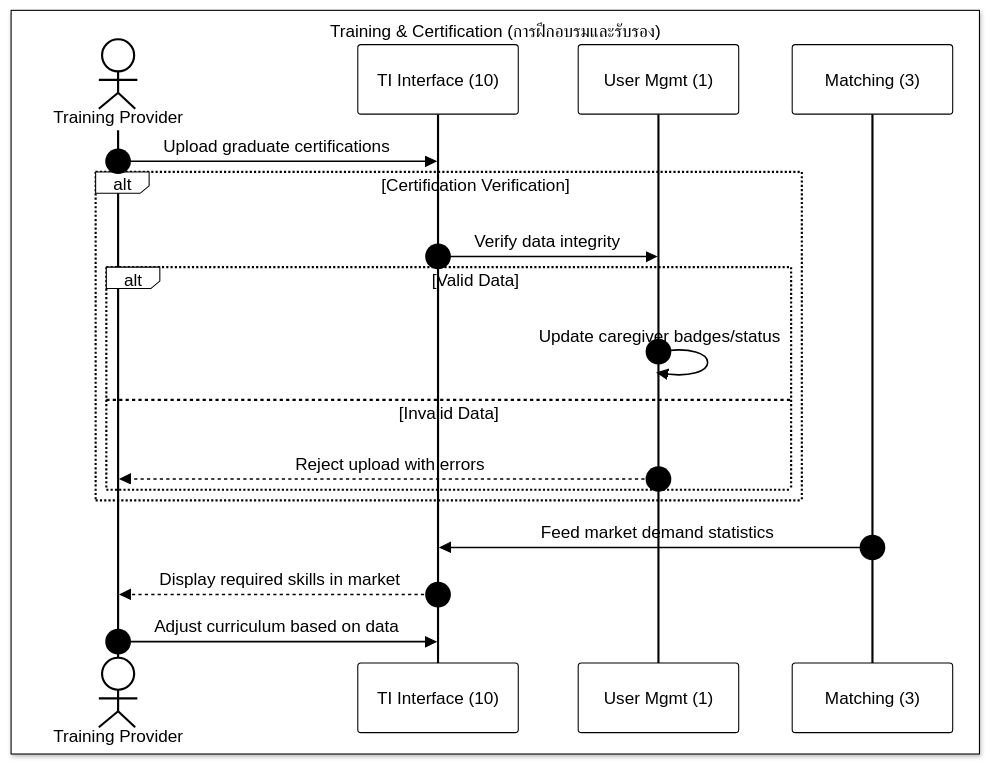
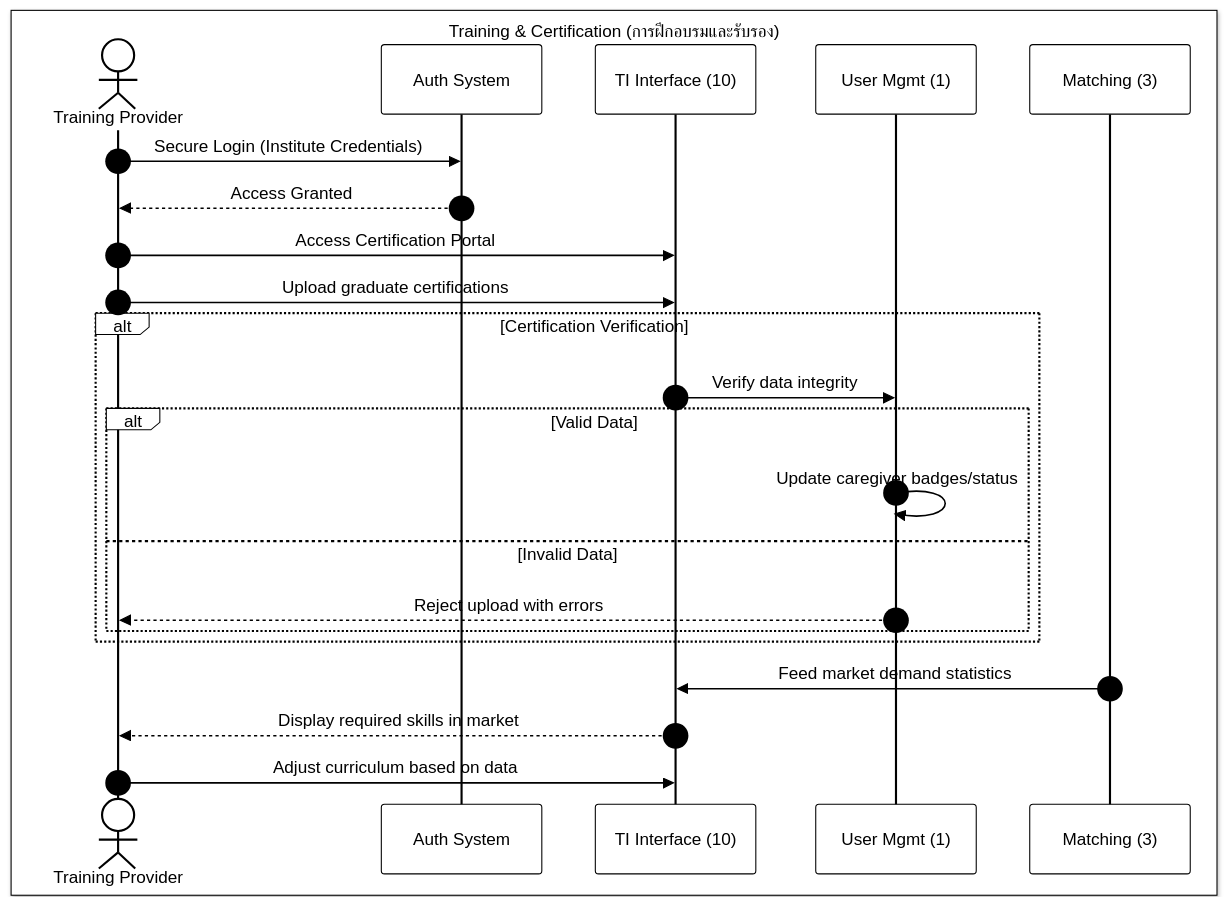
One commit to warattapobwaiarsa/CareDee_Project_Doc changed the sixth of 6 diagrams in workflow/WORKFLOW.md. Above: the diagram before and after it, drawn with Mermaid. The commit also changed other lines of this file, not shown here.

````diff
--- a/workflow/WORKFLOW.md
+++ b/workflow/WORKFLOW.md
@@ -321,25 +330,34 @@
 ```mermaid
 %%{init: { 'theme': 'base', 'themeVariables': { 'darkMode': false, 'background': '#ffffff', 'mainBkg': '#ffffff', 'primaryColor': '#ffffff', 'primaryTextColor': '#000000', 'primaryBorderColor': '#000000', 'lineColor': '#000000', 'secondaryColor': '#ffffff', 'tertiaryColor': '#ffffff', 'actorBkg': '#ffffff', 'actorTextColor': '#000000', 'actorLineColor': '#000000', 'participantBkg': '#ffffff', 'participantTextColor': '#000000', 'participantBorderColor': '#000000', 'signalColor': '#000000', 'signalTextColor': '#000000', 'labelTextColor': '#000000', 'loopTextColor': '#000000', 'noteBkgColor': '#ffffff', 'noteTextColor': '#000000', 'activationBkgColor': '#ffffff', 'activationBorderColor': '#000000', 'sequenceNumberColor': '#000000' }, 'themeCSS': 'svg { background-color: white !important; background: white !important; } rect, circle, path, line, polygon, .labelBox, .cluster rect, .actor, .participant, .note, .activation { fill: white !important; stroke: black !important; stroke-width: 2px !important; } text, tspan, .loopText, .messageText, .noteText, .sequenceNumber { fill: black !important; color: black !important; font-weight: bold !important; font-size: 14px !important; } .cluster rect { stroke-dasharray: 0 !important; }' } }%%
 sequenceDiagram
     autonumber
 
     box white Training & Certification (การฝึกอบรมและรับรอง)
         actor TI as Training Provider
+        participant Auth as Auth System
         participant TI_Int as TI Interface (10)
         participant UM as User Mgmt (1)
         participant MT as Matching (3)
     end
 
+    %% Authentication
+    TI->>Auth: Secure Login (Institute Credentials)
+    Auth-->>TI: Access Granted
+    TI->>TI_Int: Access Certification Portal
+
+    %% Certification Upload
     TI->>TI_Int: Upload graduate certifications
     alt Certification Verification
         TI_Int->>UM: Verify data integrity
         alt Valid Data
             UM->>UM: Update caregiver badges/status
         else Invalid Data
             UM-->>TI: Reject upload with errors
         end
     end
+
+    %% Market Intelligence
     MT->>TI_Int: Feed market demand statistics
     TI_Int-->>TI: Display required skills in market
     TI->>TI_Int: Adjust curriculum based on data
 ```
````
